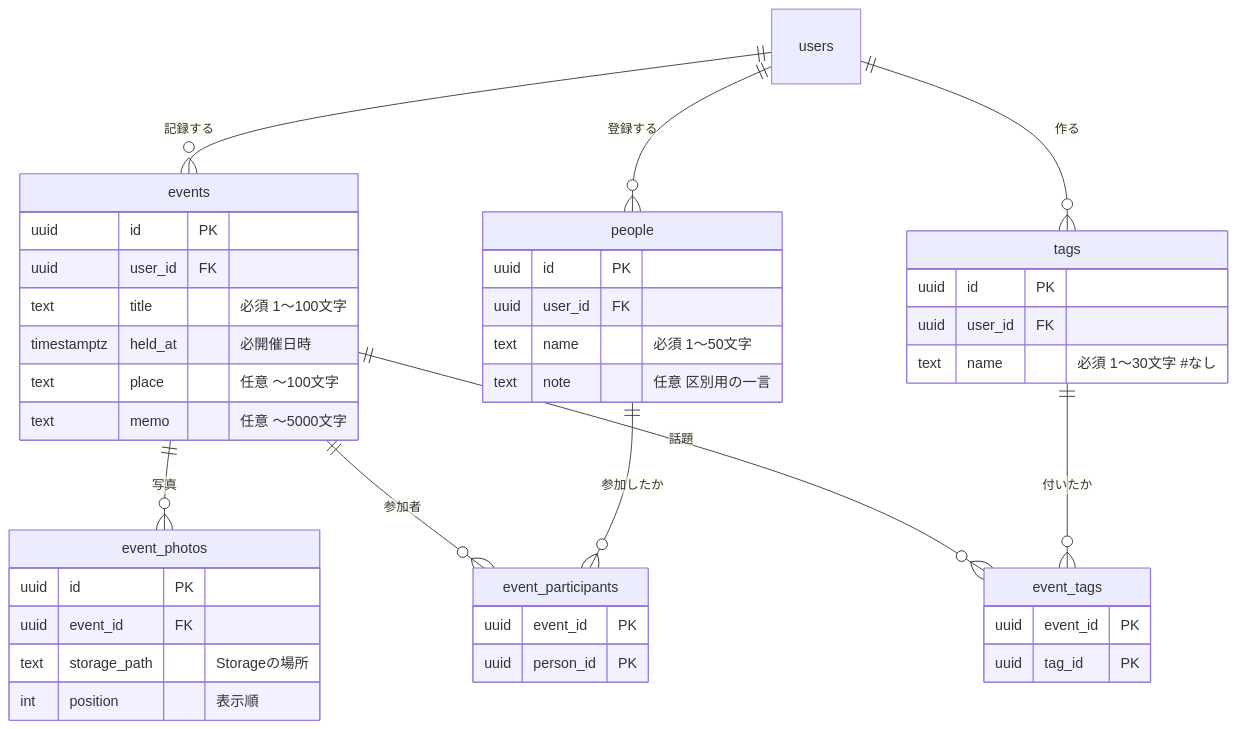
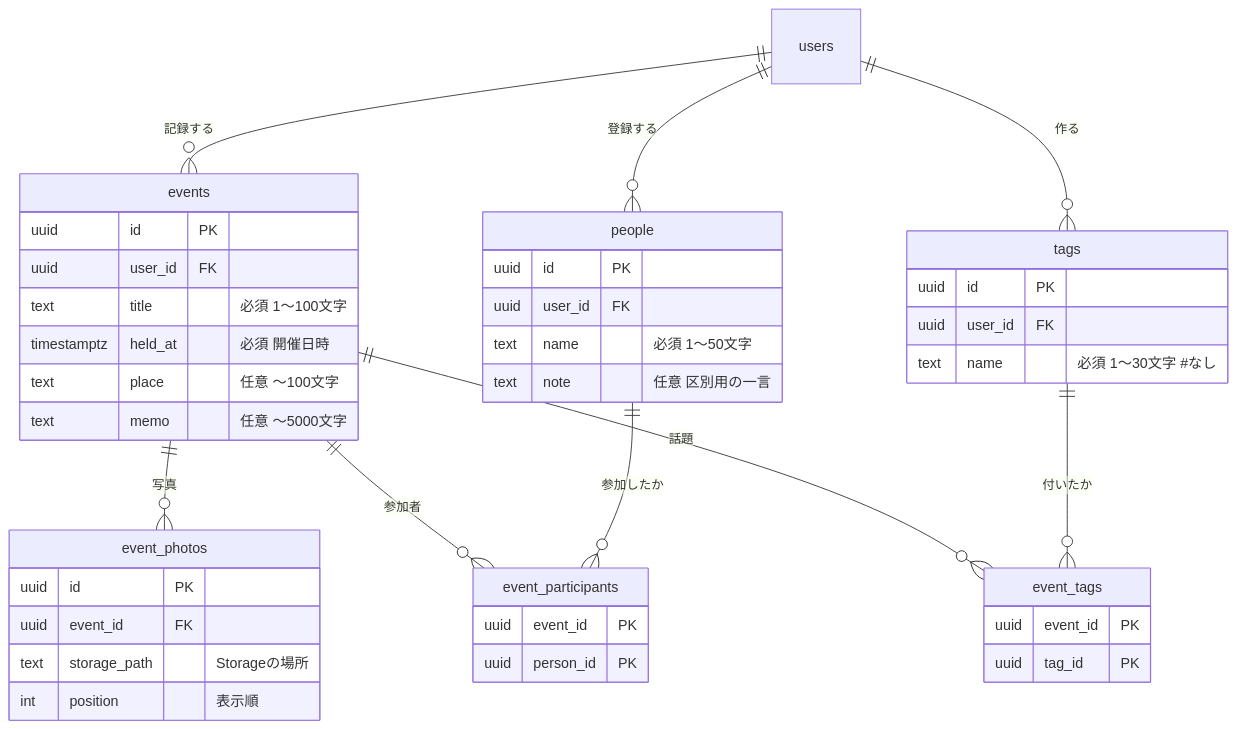
One commit to dokkanoT/nomimemo changed the diagram in docs/DB.md. Above: the diagram before and after it, drawn with Mermaid. The commit also changed other lines of this file, not shown here.

Commit message:
DB.mdの打ち間違いを修正

````diff
--- a/docs/DB.md
+++ b/docs/DB.md
@@ -12,45 +12,45 @@
 ```mermaid
 erDiagram
     users ||--o{ events : "記録する"
     users ||--o{ people : "登録する"
     users ||--o{ tags : "作る"
     events ||--o{ event_photos : "写真"
     events ||--o{ event_participants : "参加者"
     people ||--o{ event_participants : "参加したか"
     events ||--o{ event_tags : "話題"
     tags ||--o{ event_tags : "付いたか"
 
     events {
         uuid id PK
         uuid user_id FK
         text title "必須 1〜100文字"
-        timestamptz held_at "必開催日時"
+        timestamptz held_at "必須 開催日時"
         text place "任意 〜100文字"
         text memo "任意 〜5000文字"
     }
     event_photos {
         uuid id PK
         uuid event_id FK
         text storage_path "Storageの場所"
         int position "表示順"
     }
     people {
         uuid id PK
         uuid user_id FK
         text name "必須 1〜50文字"
         text note "任意 区別用の一言"
     }
     event_participants {
         uuid event_id PK
         uuid person_id PK
     }
     tags {
         uuid id PK
         uuid user_id FK
         text name "必須 1〜30文字 #なし"
     }
     event_tags {
         uuid event_id PK
         uuid tag_id PK
     }
 ```
````
